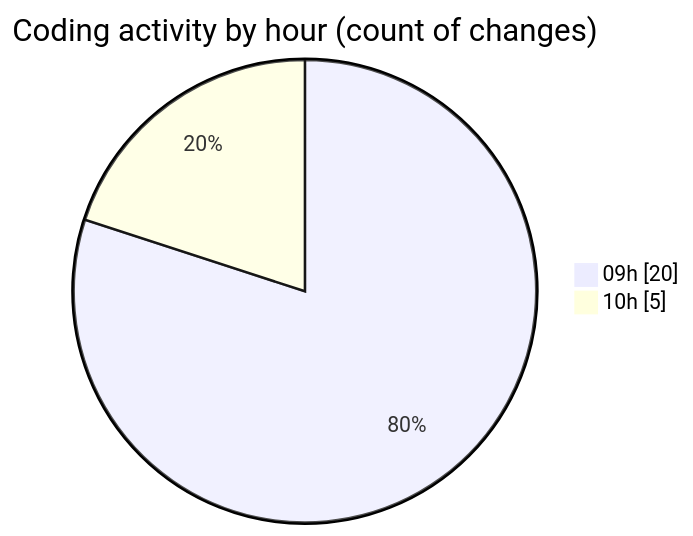
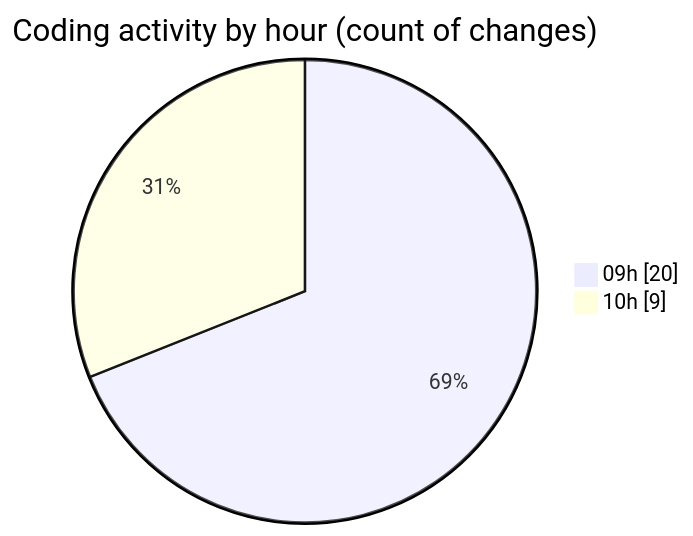
The second of 2 diagrams in 2025-03-19/peregrino-web/README.md (robertbonfada/code-tracking), drawn with Mermaid before and after one commit. The commit also changed other lines of this file and 1 other file, not shown here.

````diff
--- a/2025-03-19/peregrino-web/README.md
+++ b/2025-03-19/peregrino-web/README.md
@@ -32,6 +34,6 @@
 ```mermaid
 pie showData
 title Coding activity by hour (count of changes)
 "09h" : 20
-"10h" : 5
+"10h" : 9
 ```
````
